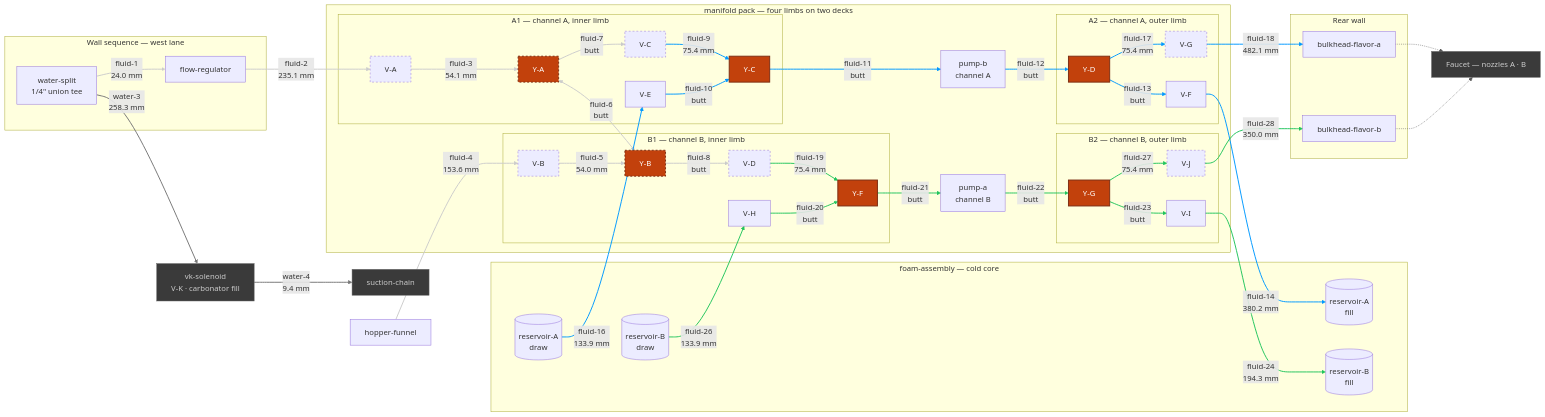
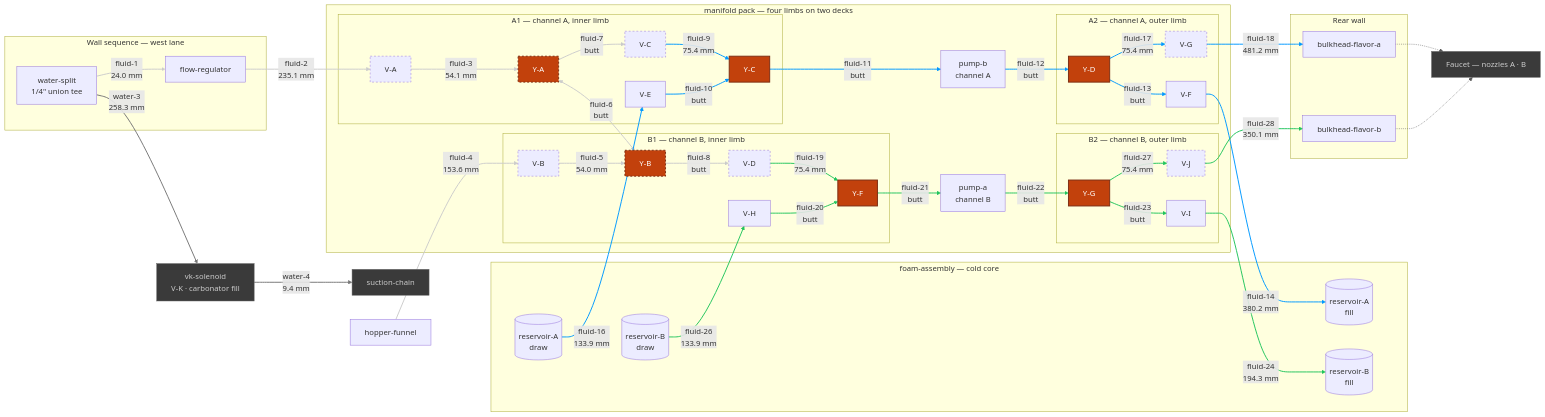
The diagram in hardware/topology/fluid-topology-manifold.mmd (derekbreden/homesodamachine), drawn with Mermaid before and after one commit. The commit also changed 15 other files, not shown here.

```diff
--- a/hardware/topology/fluid-topology-manifold.mmd
+++ b/hardware/topology/fluid-topology-manifold.mmd
@@ -14,8 +14,8 @@
   %% [26](SEGMENT_COUNT) flavor segments. [11](BUTT_COUNT) are collet butted to collet and carry
   %% no tube at all; [9](DRAWN_COUNT) are swept runs between placed bodies; the rest are the
   %% hinge's four hairpins and the source pair's two quarter-and-step turns. What is cut comes to
-  %% [2496.8 mm](FLUID_TOTAL) of 1/4" LLDPE over [44](FLUID_BENDS) corners, and the longest is
-  %% [fluid-18](LONGEST_ID) at [482.1 mm](LONGEST_LEN). [0](OPEN_COUNT) are mouths with nothing
+  %% [2496.0 mm](FLUID_TOTAL) of 1/4" LLDPE over [44](FLUID_BENDS) corners, and the longest is
+  %% [fluid-18](LONGEST_ID) at [481.2 mm](LONGEST_LEN). [0](OPEN_COUNT) are mouths with nothing
   %% on the far end of them: EVERY FLAVOR SEGMENT IN THIS CHART IS MADE. The hopper's gravity
   %% drain is drawn like the rest — the funnel is seated in the box rather than placed in the
   %% pack, so `fluid-4` is authored after the box exists, off the same frames.
@@ -138,7 +138,7 @@
   VF -->|"fluid-14<br/>380.2 mm"| ResAFill
   ResA -->|"fluid-16<br/>133.9 mm"| VE
   YD -->|"fluid-17<br/>75.4 mm"| VG
-  VG -->|"fluid-18<br/>482.1 mm"| BhA
+  VG -->|"fluid-18<br/>481.2 mm"| BhA
 
   %% =========================
   %% Channel B — fluid-19 … fluid-28
@@ -154,7 +154,7 @@
   VI -->|"fluid-24<br/>194.3 mm"| ResBFill
   ResB -->|"fluid-26<br/>133.9 mm"| VH
   YG -->|"fluid-27<br/>75.4 mm"| VJ
-  VJ -->|"fluid-28<br/>350.0 mm"| BhB
+  VJ -->|"fluid-28<br/>350.1 mm"| BhB
 
   %% =========================
   %% V-K's own two runs — the carbonator circuit, through this bay
```
